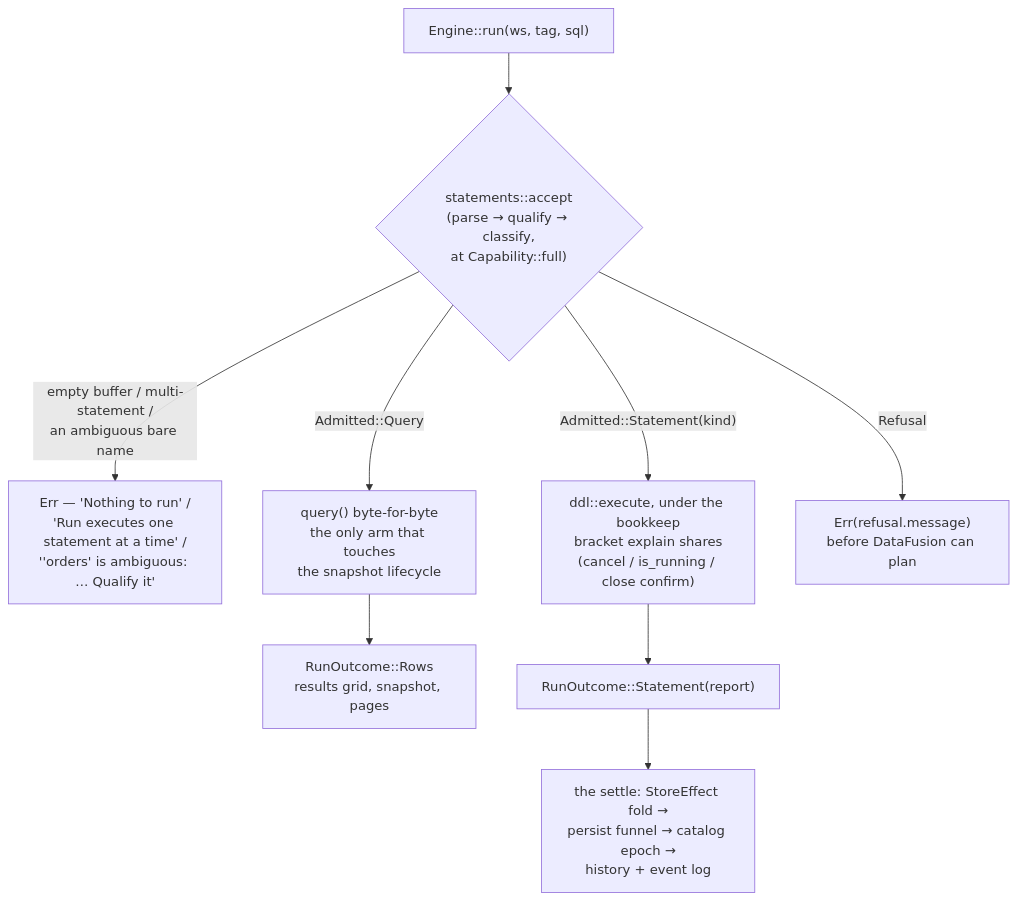
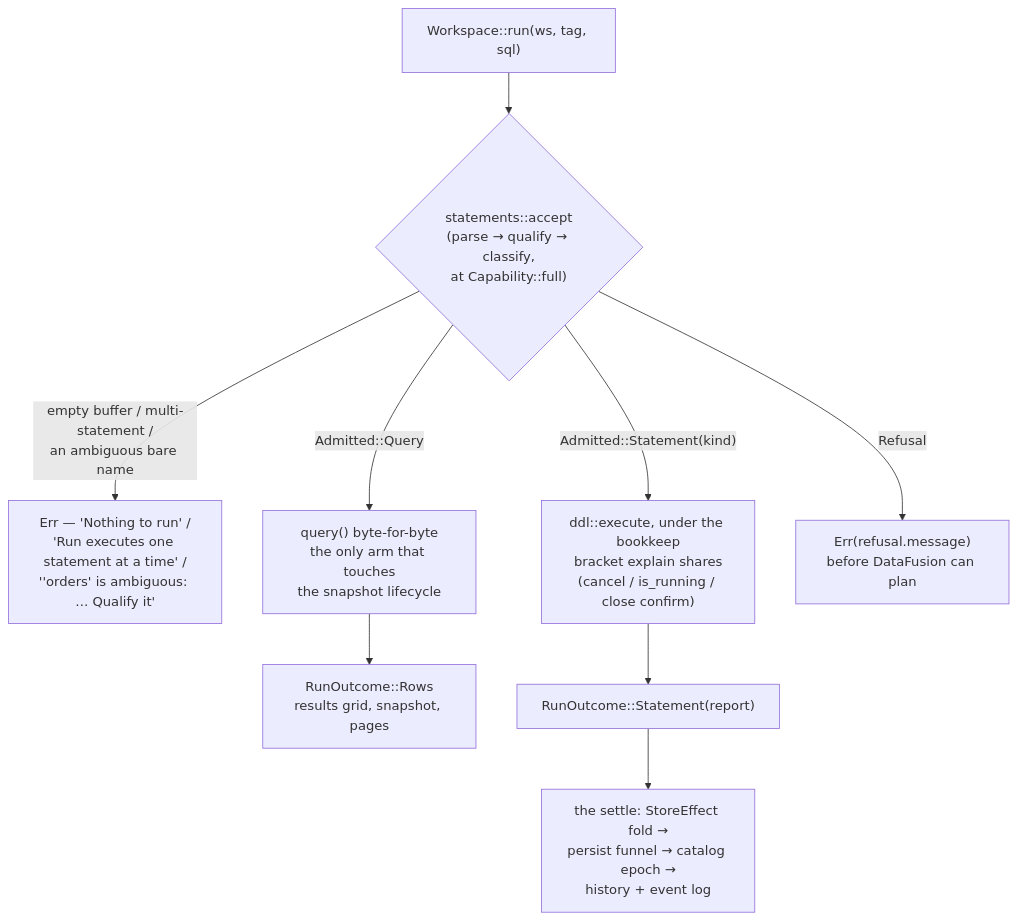
The diagram in docs/STATEMENTS_SPEC.md (alexparlett/strata), drawn with Mermaid before and after one commit. The commit also changed other lines of this file and 98 other files, not shown here.

````diff
--- a/docs/STATEMENTS_SPEC.md
+++ b/docs/STATEMENTS_SPEC.md
@@ -12,11 +12,11 @@
 ```mermaid
 flowchart TD
-    RUN["Engine::run(ws, tag, sql)"] --> CLS{"statements::accept\n(parse → qualify → classify,\nat Capability::full)"}
+    RUN["Workspace::run(ws, tag, sql)"] --> CLS{"statements::accept\n(parse → qualify → classify,\nat Capability::full)"}
     CLS -- "empty buffer / multi-statement /\nan ambiguous bare name" --> ERR1["Err — 'Nothing to run' /\n'Run executes one statement at a time' /\n''orders' is ambiguous: … Qualify it'"]
     CLS -- "Admitted::Query" --> Q["query() byte-for-byte\nthe only arm that touches\nthe snapshot lifecycle"]
     CLS -- "Admitted::Statement(kind)" --> DDL["ddl::execute, under the bookkeep\nbracket explain shares\n(cancel / is_running / close confirm)"]
     CLS -- "Refusal" --> ERR2["Err(refusal.message)\nbefore DataFusion can plan"]
     Q --> ROWS["RunOutcome::Rows\nresults grid, snapshot, pages"]
     DDL --> REP["RunOutcome::Statement(report)"]
     REP --> SETTLE["the settle: StoreEffect fold →\npersist funnel → catalog epoch →\nhistory + event log"]
 ```
````
